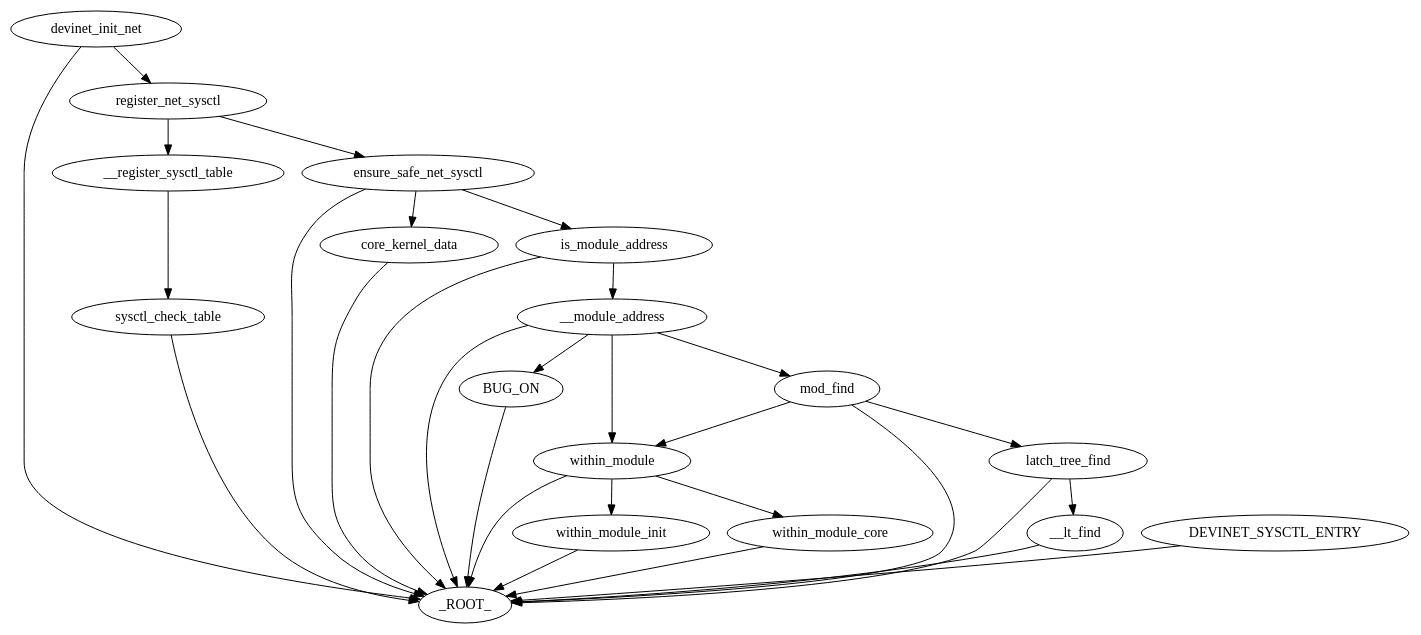
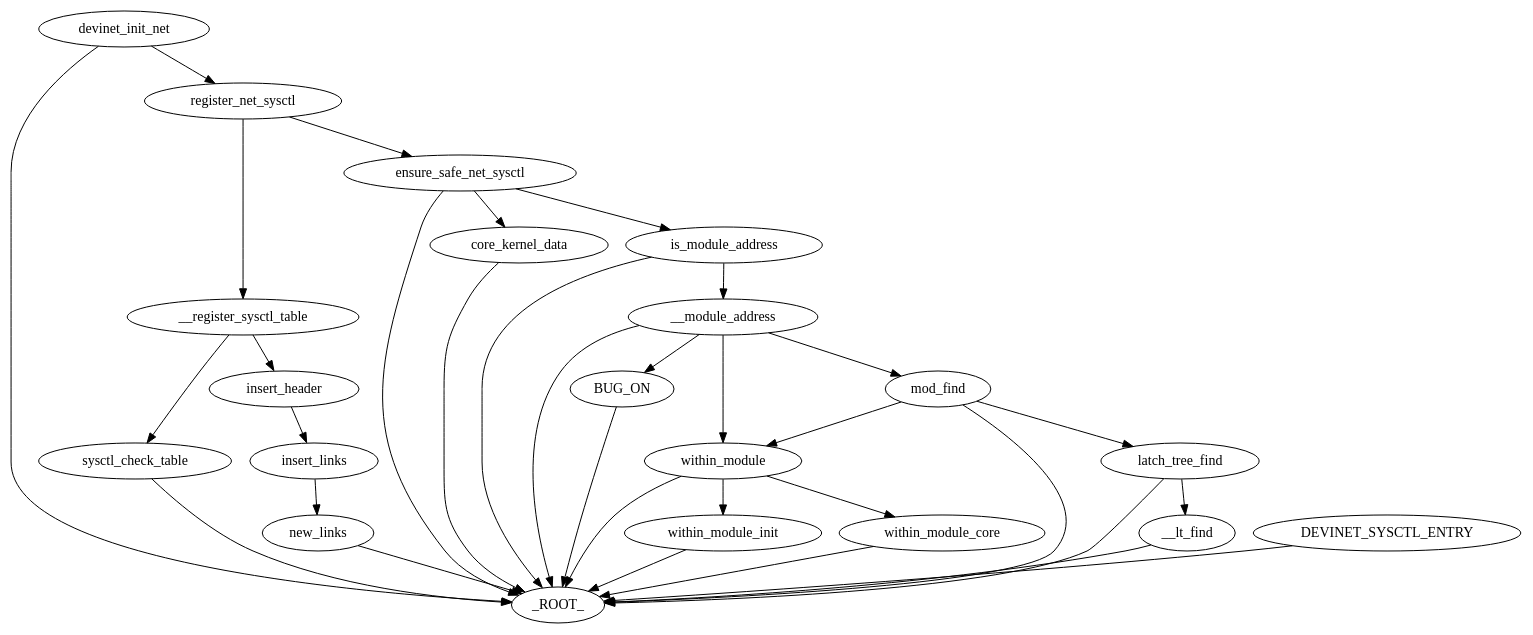
The diagram in partial_graph_ip_forward.dot (cendes/knob_graph_search), drawn with Graphviz before and after one commit. The commit also changed 59 other files, not shown here.

```diff
--- a/partial_graph_ip_forward.dot
+++ b/partial_graph_ip_forward.dot
@@ -1,31 +1,35 @@
 digraph "/home/cendes/Documents/masters_thesis/ocloz/knob_graph_search/./partial_graph_ip_forward.dot" {
 	 devinet_init_net -> _ROOT_
 	 sysctl_check_table -> _ROOT_
 	 __register_sysctl_table -> sysctl_check_table
+	 new_links -> _ROOT_
+	 insert_links -> new_links
 	 core_kernel_data -> _ROOT_
 	 ensure_safe_net_sysctl -> core_kernel_data
 	 BUG_ON -> _ROOT_
 	 __module_address -> BUG_ON
 	 within_module_init -> _ROOT_
 	 within_module -> within_module_init
 	 within_module_core -> _ROOT_
 	 within_module -> within_module_core
 	 within_module -> _ROOT_
 	 __module_address -> within_module
 	 mod_find -> within_module
 	 __lt_find -> _ROOT_
 	 latch_tree_find -> __lt_find
 	 latch_tree_find -> _ROOT_
 	 mod_find -> latch_tree_find
 	 mod_find -> _ROOT_
 	 __module_address -> mod_find
 	 __module_address -> _ROOT_
 	 is_module_address -> __module_address
 	 is_module_address -> _ROOT_
 	 ensure_safe_net_sysctl -> is_module_address
 	 ensure_safe_net_sysctl -> _ROOT_
 	 register_net_sysctl -> ensure_safe_net_sysctl
 	 DEVINET_SYSCTL_ENTRY -> _ROOT_
 	 devinet_init_net -> register_net_sysctl
+	 insert_header -> insert_links
+	 __register_sysctl_table -> insert_header
 	 register_net_sysctl -> __register_sysctl_table
 }
```
